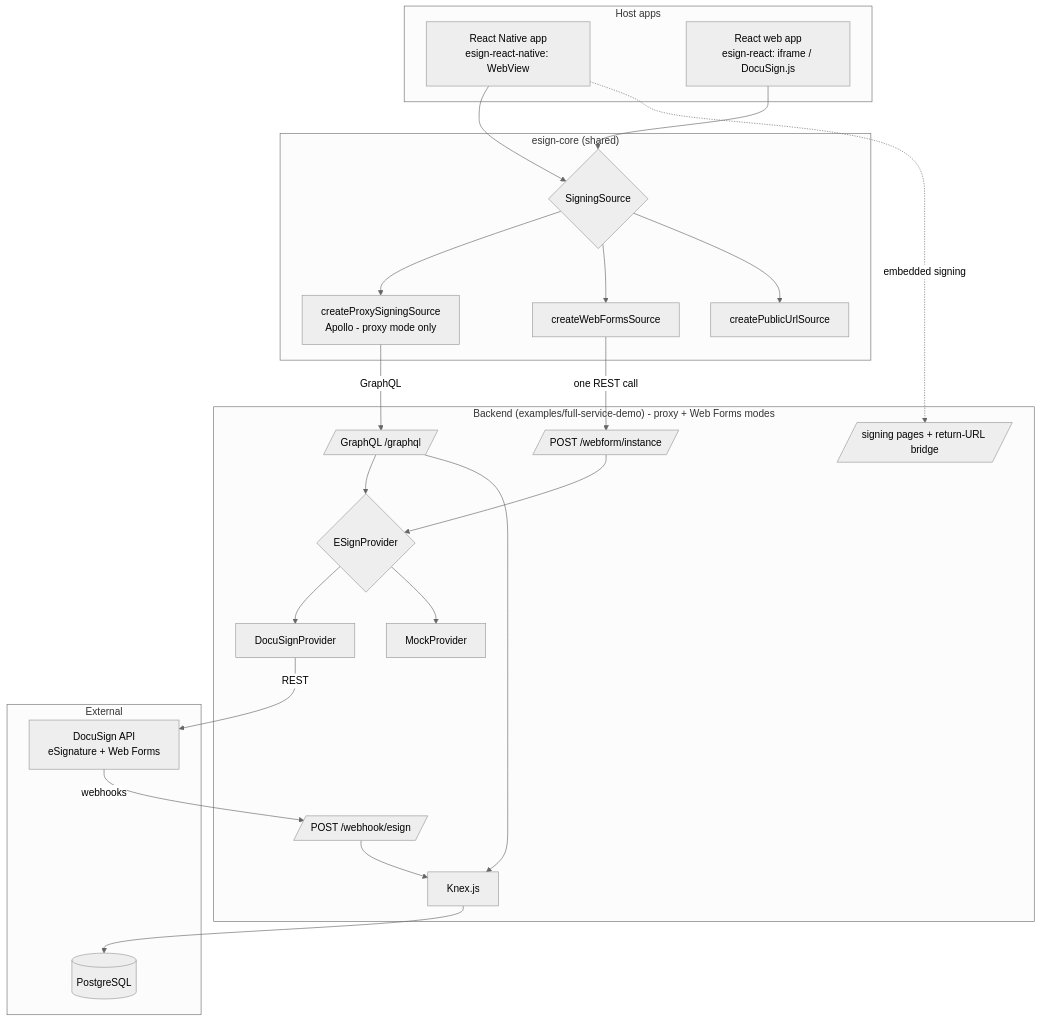
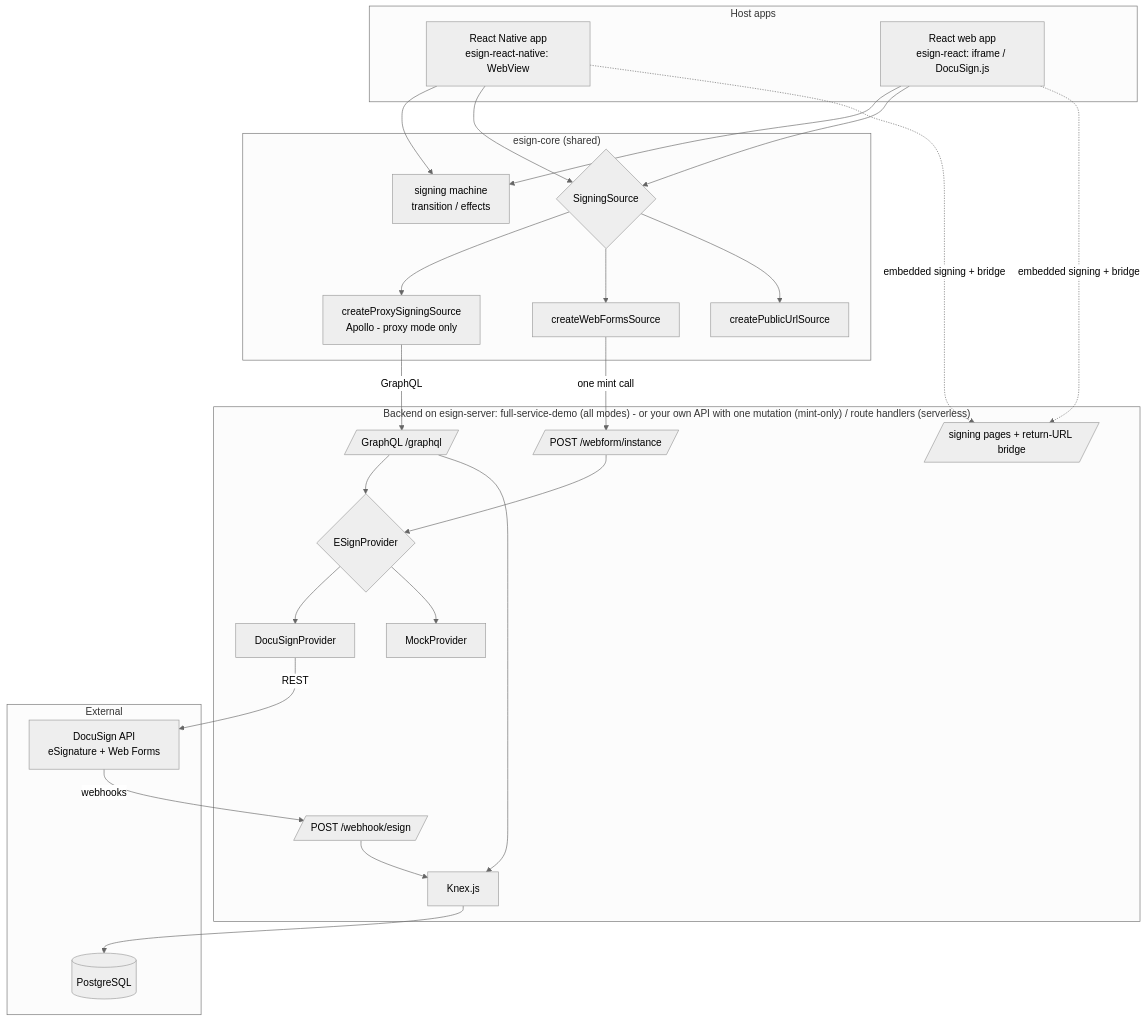
Before and after one commit to blinkbitcoin/esign: the diagram in docs/diagrams/src/system-architecture.mmd, drawn with Mermaid (neutral theme). The commit also changed 8 other files, not shown here.

First line of the commit message:
docs: diagrams follow the machine in core, the bridge, and the three backend shapes

```diff
--- a/docs/diagrams/src/system-architecture.mmd
+++ b/docs/diagrams/src/system-architecture.mmd
@@ -1,43 +1,47 @@
 flowchart TB
     subgraph Hosts["Host apps"]
         RN[React Native app<br/>esign-react-native: WebView]
         WEB[React web app<br/>esign-react: iframe / DocuSign.js]
     end
 
     subgraph Core["esign-core (shared)"]
+        MACHINE[signing machine<br/>transition / effects]
         SRC{SigningSource}
         PROXY[createProxySigningSource<br/>Apollo - proxy mode only]
         WF[createWebFormsSource]
         PUB[createPublicUrlSource]
     end
 
-    subgraph Backend["Backend (examples/full-service-demo) - proxy + Web Forms modes"]
+    subgraph Backend["Backend on esign-server: full-service-demo (all modes) - or your own API with one mutation (mint-only) / route handlers (serverless)"]
         GQL[/"GraphQL /graphql"/]
         WFI[/"POST /webform/instance"/]
         WH[/"POST /webhook/esign"/]
         SP[/"signing pages + return-URL bridge"/]
         PROV{ESignProvider}
         DS[DocuSignProvider]
         MOCK[MockProvider]
         KNEX[Knex.js]
     end
 
     subgraph External["External"]
         DOCU[DocuSign API<br/>eSignature + Web Forms]
         DB[(PostgreSQL)]
     end
 
+    RN --> MACHINE
+    WEB --> MACHINE
     RN --> SRC
     WEB --> SRC
     SRC --> PROXY & WF & PUB
     PROXY -->|GraphQL| GQL
-    WF -->|one REST call| WFI
+    WF -->|one mint call| WFI
     GQL --> PROV
     WFI --> PROV
     PROV --> DS & MOCK
     DS -->|REST| DOCU
     DOCU -->|webhooks| WH
     GQL --> KNEX
     WH --> KNEX
     KNEX --> DB
-    RN -.->|embedded signing| SP
+    RN -.->|embedded signing + bridge| SP
+    WEB -.->|embedded signing + bridge| SP
```
